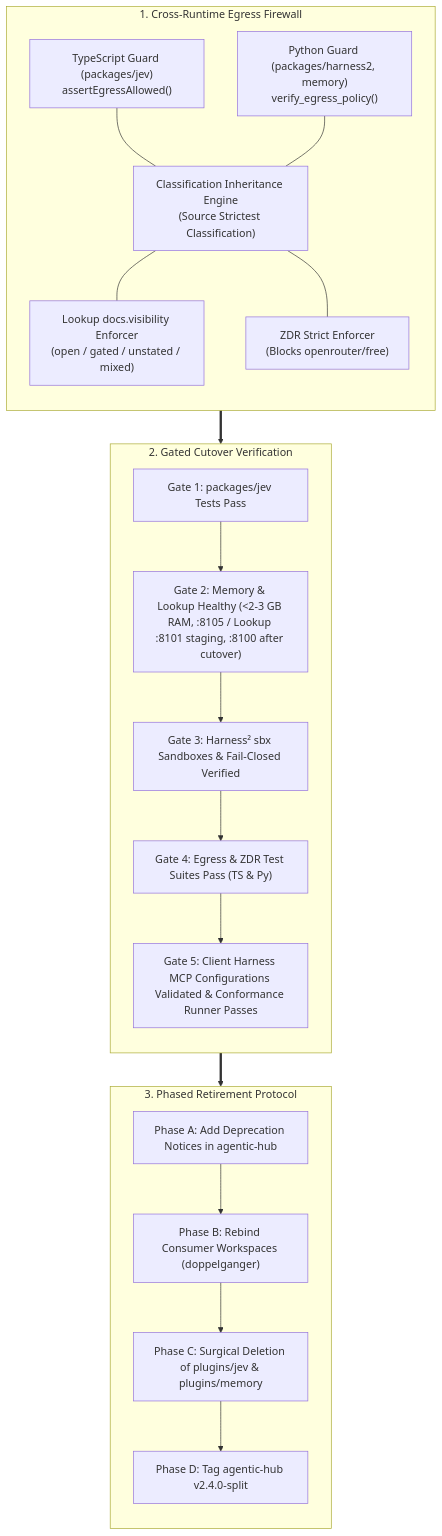
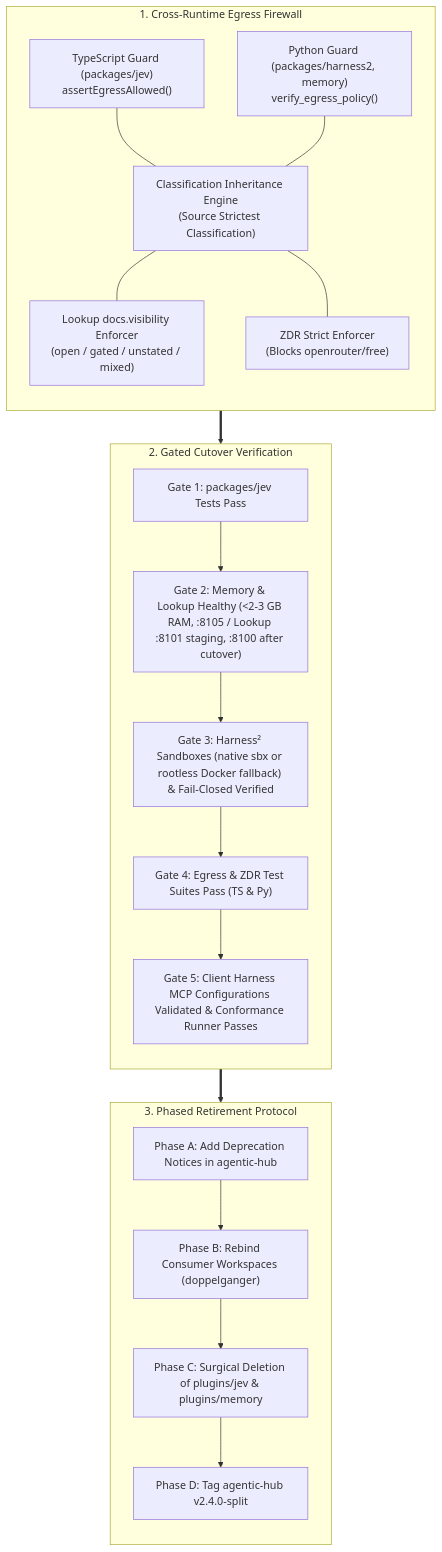
One commit to rockad/cognitive-engine changed the diagram in docs/rfc/005-egress-retirement.md. Above: the diagram before and after it, drawn with Mermaid. The commit also changed other lines of this file and 4 other files, not shown here.

Commit message:
docs: codify all 15 architectural decisions across RFCs, master plan, and bridge Turn 10

````diff
--- a/docs/rfc/005-egress-retirement.md
+++ b/docs/rfc/005-egress-retirement.md
@@ -25,41 +25,41 @@
 ```mermaid
 flowchart TD
     subgraph EgressFirewall ["1. Cross-Runtime Egress Firewall"]
         direction TB
         EgressTS["TypeScript Guard (packages/jev)<br/>assertEgressAllowed()"]
         EgressPY["Python Guard (packages/harness2, memory)<br/>verify_egress_policy()"]
         
         ClassInherit["Classification Inheritance Engine<br/>(Source Strictest Classification)"]
         LookupVis["Lookup docs.visibility Enforcer<br/>(open / gated / unstated / mixed)"]
         ZDRGate["ZDR Strict Enforcer<br/>(Blocks openrouter/free)"]
         
         EgressTS --- ClassInherit
         EgressPY --- ClassInherit
         ClassInherit --- LookupVis
         ClassInherit --- ZDRGate
     end
 
     subgraph VerificationGates ["2. Gated Cutover Verification"]
         direction TB
         GateJev["Gate 1: packages/jev Tests Pass"]
         GateMem["Gate 2: Memory & Lookup Healthy (<2-3 GB RAM, :8105 / Lookup :8101 staging, :8100 after cutover)"]
-        GateH2["Gate 3: Harness² sbx Sandboxes & Fail-Closed Verified"]
+        GateH2["Gate 3: Harness² Sandboxes (native sbx or rootless Docker fallback) & Fail-Closed Verified"]
         GateEgress["Gate 4: Egress & ZDR Test Suites Pass (TS & Py)"]
         GateConfig["Gate 5: Client Harness MCP Configurations Validated & Conformance Runner Passes"]
         
         GateJev --> GateMem --> GateH2 --> GateEgress --> GateConfig
     end
 
     subgraph RetirementSequence ["3. Phased Retirement Protocol"]
         direction TB
         PhaseFreeze["Phase A: Add Deprecation Notices in agentic-hub"]
         PhaseRebind["Phase B: Rebind Consumer Workspaces (doppelganger)"]
         PhaseRetire["Phase C: Surgical Deletion of plugins/jev & plugins/memory"]
         PhaseTag["Phase D: Tag agentic-hub v2.4.0-split"]
         
         PhaseFreeze --> PhaseRebind --> PhaseRetire --> PhaseTag
     end
 
     EgressFirewall ==> VerificationGates
     VerificationGates ==> RetirementSequence
 ```
````
